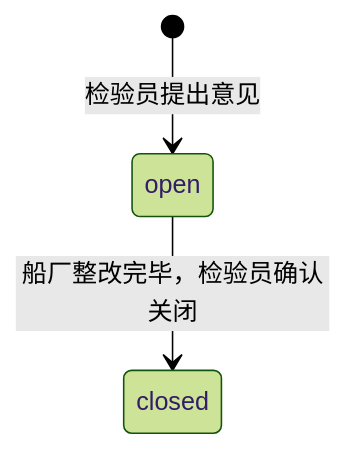
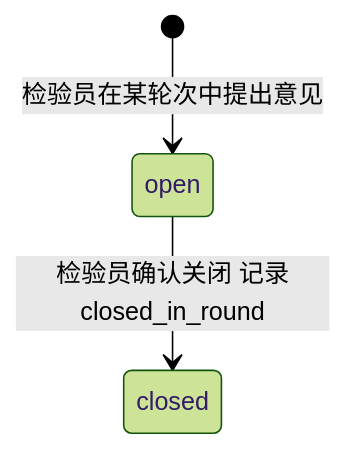
Before and after one commit to xingkaijun/nbins: the sixth of 6 diagrams in docs/architecture.md, drawn with Mermaid (forest theme). The commit also changed other lines of this file and 2 other files, not shown here.

Commit message:
docs: architecture v4 redesign with multi-round inspections and observations module

````diff
--- a/docs/architecture.md
+++ b/docs/architecture.md
@@ -255,5 +327,5 @@
 ```mermaid
 stateDiagram-v2
-    [*] --> open: 检验员提出意见
-    open --> closed: 船厂整改完毕，检验员确认关闭
+    [*] --> open: 检验员在某轮次中提出意见
+    open --> closed: 检验员确认关闭 记录closed_in_round
 ```
````
